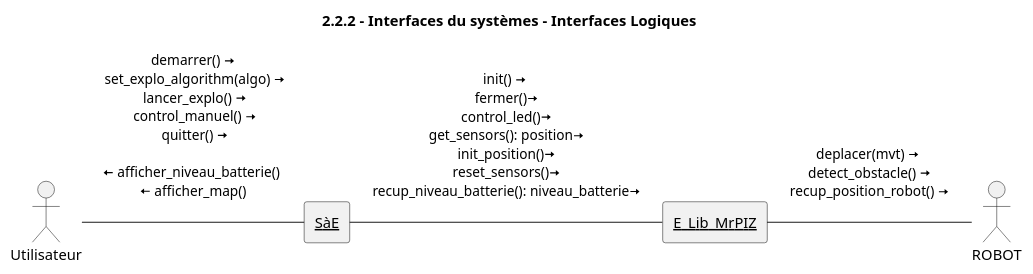
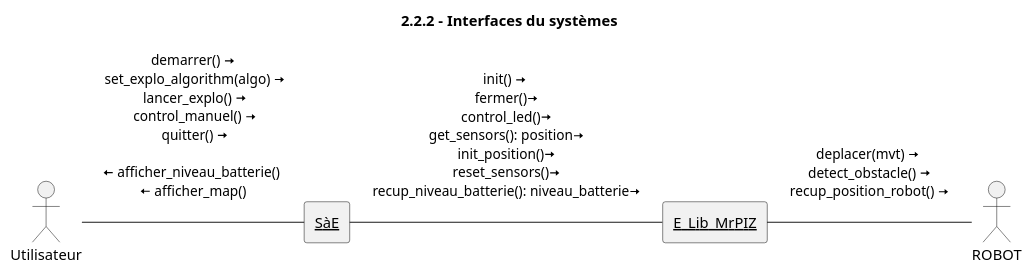
The diagram in Diagrammes UML/2.2.2 - Interfaces du systèmes - Interfaces Logiques/2.2.2 - Interfaces du systèmes - Interfaces Logiques.puml (Larson-09/PATO_Project), drawn with PlantUML before and after one commit.

Commit message:
Diagramme IHM V1 FR/EN

```diff
--- a/Diagrammes UML/2.2.2 - Interfaces du systèmes - Interfaces Logiques/2.2.2 - Interfaces du systèmes - Interfaces Logiques.puml
+++ b/Diagrammes UML/2.2.2 - Interfaces du systèmes - Interfaces Logiques/2.2.2 - Interfaces du systèmes - Interfaces Logiques.puml
@@ -1,16 +1,16 @@
 @startuml
-title 2.2.2 - Interfaces du systèmes - Interfaces Logiques
+title 2.2.2 - Interfaces du systèmes
 scale 1024*768
 actor Utilisateur as U
 actor ROBOT as P
 
 rectangle "<u>SàE</u>" as S{
 }
 rectangle "<u>E_Lib_MrPIZ</u>" as L{
 }
 
 
 U -right- S : demarrer() <&arrow-right>\n set_explo_algorithm(algo) <&arrow-right>\n lancer_explo() <&arrow-right>\n control_manuel() <&arrow-right>\n quitter() <&arrow-right>\n \n<&arrow-left> afficher_niveau_batterie() \n <&arrow-left> afficher_map() \n
 S-right-L : init() <&arrow-right> \n fermer()<&arrow-right> \n control_led()<&arrow-right> \n get_sensors(): position<&arrow-right> \n init_position()<&arrow-right> \n reset_sensors()<&arrow-right> \n recup_niveau_batterie(): niveau_batterie<&arrow-right> \n
 L-right-P : deplacer(mvt) <&arrow-right> \n detect_obstacle() <&arrow-right> \n recup_position_robot() <&arrow-right> \n
 @enduml
```
